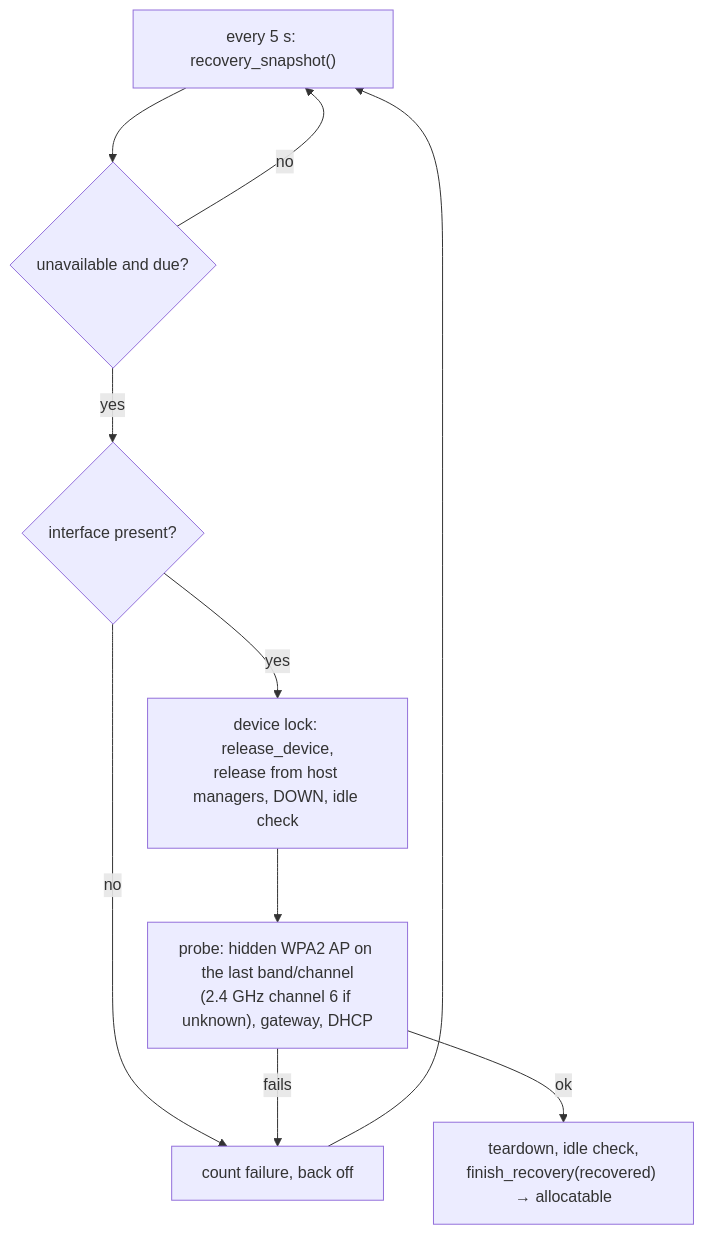
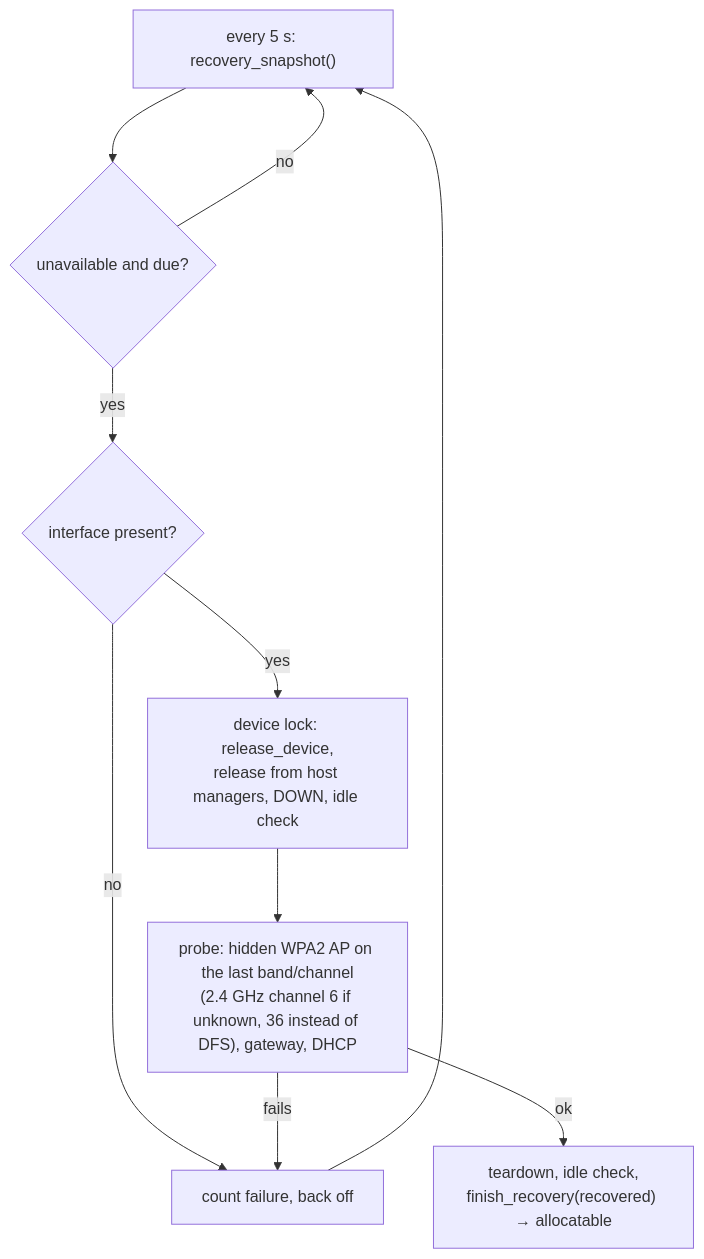
One commit to caporalesimone/wi-lab changed diagram 14 of 15 in docs/architecture.md. Above: the diagram before and after it, drawn with Mermaid. The commit also changed other lines of this file and 7 other files, not shown here.

````diff
--- a/docs/architecture.md
+++ b/docs/architecture.md
@@ -997,12 +997,12 @@
 ```mermaid
 flowchart TD
     T["every 5 s: recovery_snapshot()"] --> U{"unavailable and due?"}
     U -->|no| T
     U -->|yes| P{"interface present?"}
     P -->|no| F["count failure, back off"]
     P -->|yes| L["device lock: release_device,<br/>release from host managers, DOWN, idle check"]
-    L --> PR["probe: hidden WPA2 AP on the last band/channel<br/>(2.4 GHz channel 6 if unknown), gateway, DHCP"]
+    L --> PR["probe: hidden WPA2 AP on the last band/channel<br/>(2.4 GHz channel 6 if unknown, 36 instead of DFS), gateway, DHCP"]
     PR -->|ok| OK["teardown, idle check,<br/>finish_recovery(recovered) → allocatable"]
     PR -->|fails| F
     F --> T
 ```
````
